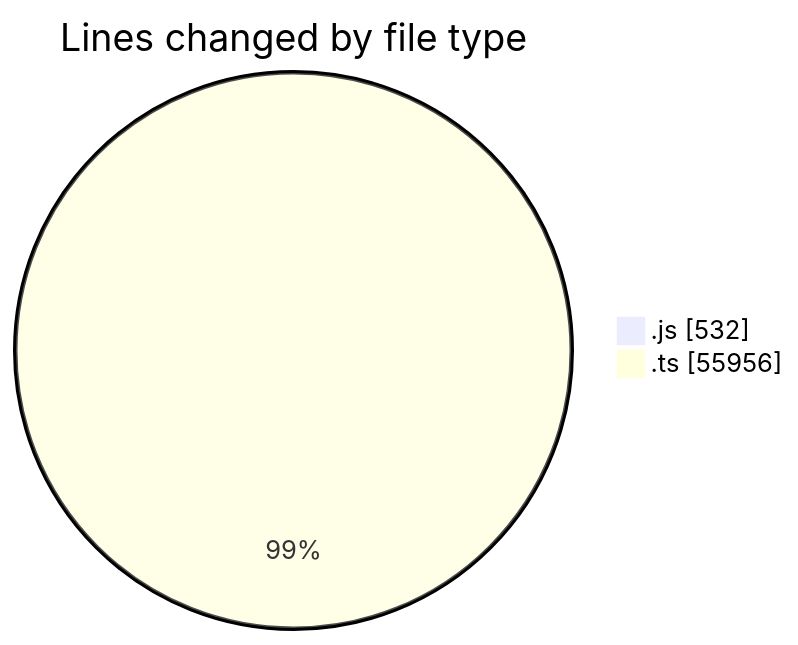
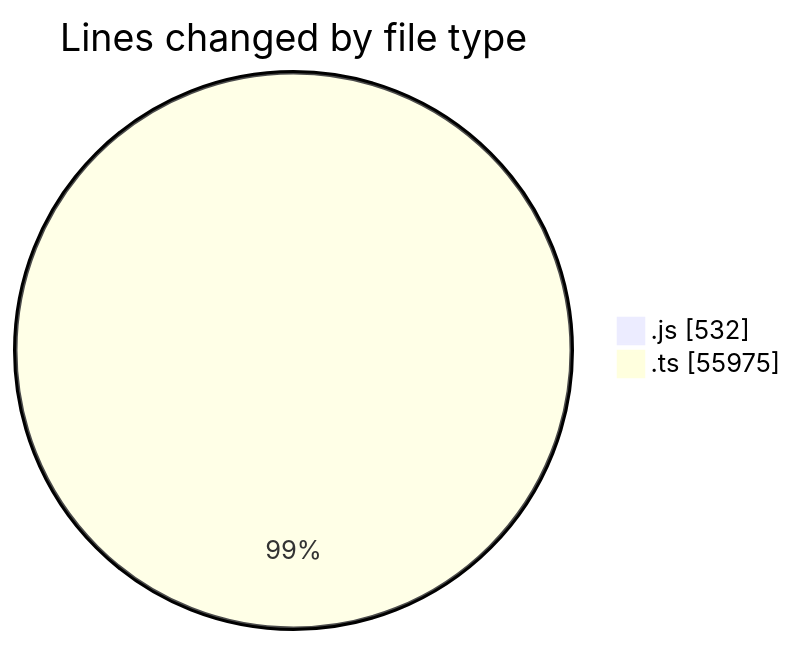
Before and after one commit to momahboobian/code-tracking: the first of 2 diagrams in 2025-06-19/cda/README.md, drawn with Mermaid. The commit also changed other lines of this file and 1 other file, not shown here.

````diff
--- a/2025-06-19/cda/README.md
+++ b/2025-06-19/cda/README.md
@@ -32,6 +32,6 @@
 ```mermaid
 pie showData
 title Lines changed by file type
 ".js" : 532
-".ts" : 55956
+".ts" : 55975
 ```
````
